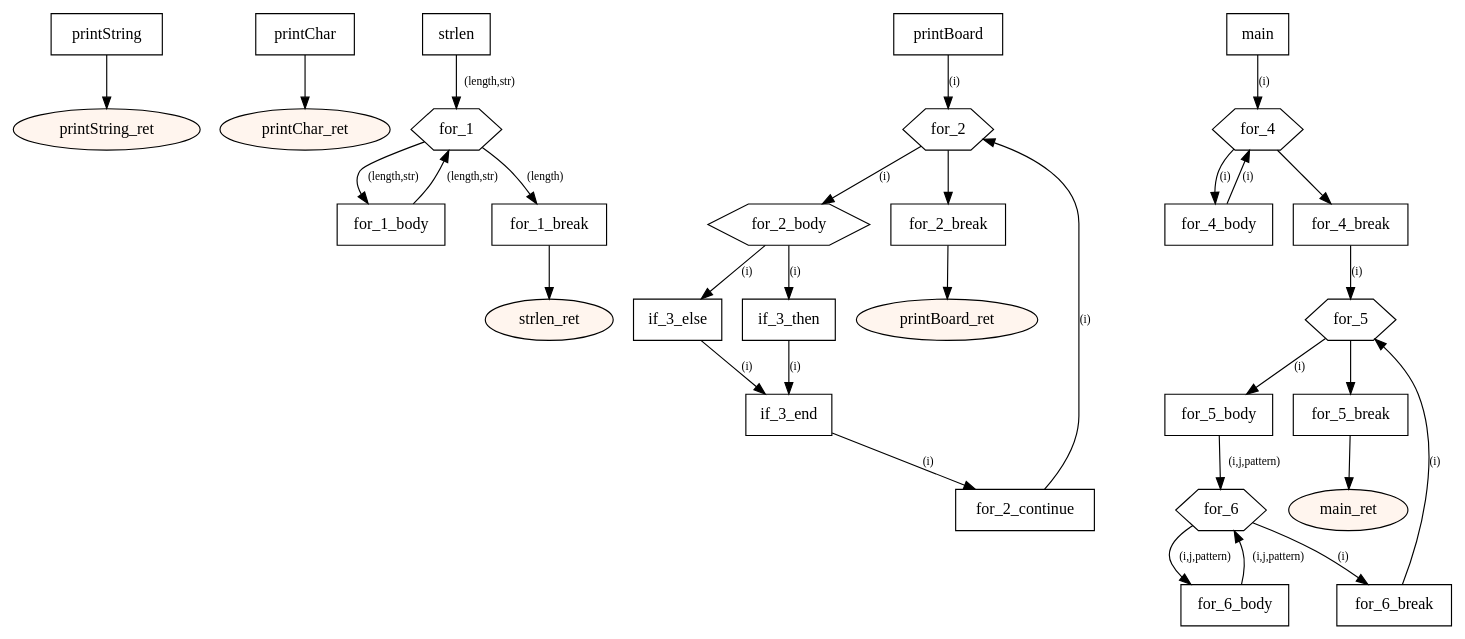
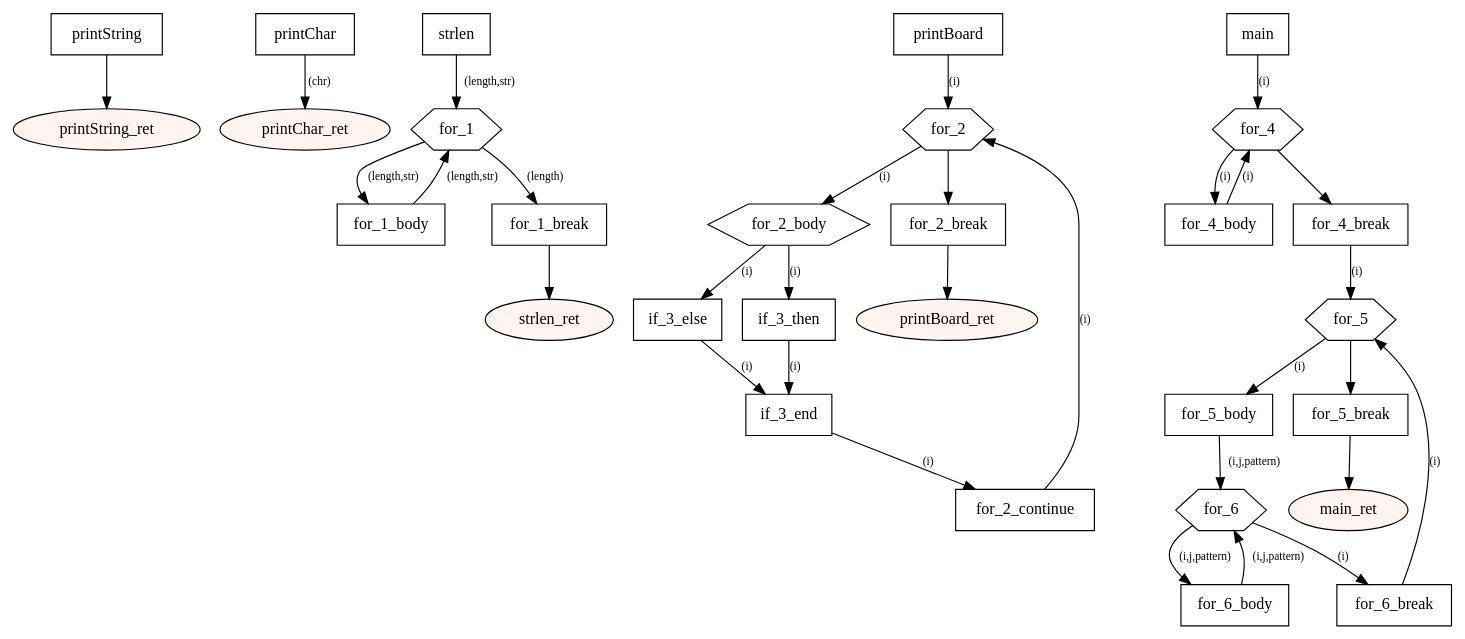
One commit to tmssngr/tinyC changed the diagram in src/main/resources-test/rule110.dot. Above: the diagram before and after it, drawn with Graphviz. The commit also changed 41 other files, not shown here.

```diff
--- a/src/main/resources-test/rule110.dot
+++ b/src/main/resources-test/rule110.dot
@@ -1,72 +1,72 @@
 digraph program {
 	edge[fontsize="10pt"];
 	subgraph fn_printString {
 		BasicBlock_0_printString [label="printString",shape=box];
 		BasicBlock_0_printString -> BasicBlock_0_printString_ret;
 		BasicBlock_0_printString_ret [label="printString_ret",shape=oval,style=filled,fillcolor="#fff5ee"];
 	}
 	subgraph fn_printChar {
 		BasicBlock_1_printChar [label="printChar",shape=box];
-		BasicBlock_1_printChar -> BasicBlock_1_printChar_ret;
+		BasicBlock_1_printChar -> BasicBlock_1_printChar_ret [label="(chr)"];
 		BasicBlock_1_printChar_ret [label="printChar_ret",shape=oval,style=filled,fillcolor="#fff5ee"];
 	}
 	subgraph fn_strlen {
 		BasicBlock_2_strlen [label="strlen",shape=box];
 		BasicBlock_2_strlen -> BasicBlock_2_for_1 [label="(length,str)"];
 		BasicBlock_2_for_1_body [label="for_1_body",shape=box];
 		BasicBlock_2_for_1_body -> BasicBlock_2_for_1 [label="(length,str)"];
 		BasicBlock_2_for_1 [label="for_1",shape=hexagon];
 		BasicBlock_2_for_1 -> BasicBlock_2_for_1_break [label="(length)"];
 		BasicBlock_2_for_1 -> BasicBlock_2_for_1_body [label="(length,str)"];
 		BasicBlock_2_for_1_break [label="for_1_break",shape=box];
 		BasicBlock_2_for_1_break -> BasicBlock_2_strlen_ret;
 		BasicBlock_2_strlen_ret [label="strlen_ret",shape=oval,style=filled,fillcolor="#fff5ee"];
 	}
 	subgraph fn_printBoard {
 		BasicBlock_3_printBoard [label="printBoard",shape=box];
 		BasicBlock_3_printBoard -> BasicBlock_3_for_2 [label="(i)"];
 		BasicBlock_3_for_2_body [label="for_2_body",shape=hexagon];
 		BasicBlock_3_for_2_body -> BasicBlock_3_if_3_else [label="(i)"];
 		BasicBlock_3_for_2_body -> BasicBlock_3_if_3_then [label="(i)"];
 		BasicBlock_3_if_3_else [label="if_3_else",shape=box];
 		BasicBlock_3_if_3_else -> BasicBlock_3_if_3_end [label="(i)"];
 		BasicBlock_3_if_3_then [label="if_3_then",shape=box];
 		BasicBlock_3_if_3_then -> BasicBlock_3_if_3_end [label="(i)"];
 		BasicBlock_3_if_3_end [label="if_3_end",shape=box];
 		BasicBlock_3_if_3_end -> BasicBlock_3_for_2_continue [label="(i)"];
 		BasicBlock_3_for_2_continue [label="for_2_continue",shape=box];
 		BasicBlock_3_for_2_continue -> BasicBlock_3_for_2 [label="(i)"];
 		BasicBlock_3_for_2 [label="for_2",shape=hexagon];
 		BasicBlock_3_for_2 -> BasicBlock_3_for_2_break;
 		BasicBlock_3_for_2 -> BasicBlock_3_for_2_body [label="(i)"];
 		BasicBlock_3_for_2_break [label="for_2_break",shape=box];
 		BasicBlock_3_for_2_break -> BasicBlock_3_printBoard_ret;
 		BasicBlock_3_printBoard_ret [label="printBoard_ret",shape=oval,style=filled,fillcolor="#fff5ee"];
 	}
 	subgraph fn_main {
 		BasicBlock_4_main [label="main",shape=box];
 		BasicBlock_4_main -> BasicBlock_4_for_4 [label="(i)"];
 		BasicBlock_4_for_4_body [label="for_4_body",shape=box];
 		BasicBlock_4_for_4_body -> BasicBlock_4_for_4 [label="(i)"];
 		BasicBlock_4_for_4 [label="for_4",shape=hexagon];
 		BasicBlock_4_for_4 -> BasicBlock_4_for_4_break;
 		BasicBlock_4_for_4 -> BasicBlock_4_for_4_body [label="(i)"];
 		BasicBlock_4_for_4_break [label="for_4_break",shape=box];
 		BasicBlock_4_for_4_break -> BasicBlock_4_for_5 [label="(i)"];
 		BasicBlock_4_for_5_body [label="for_5_body",shape=box];
 		BasicBlock_4_for_5_body -> BasicBlock_4_for_6 [label="(i,j,pattern)"];
 		BasicBlock_4_for_6_body [label="for_6_body",shape=box];
 		BasicBlock_4_for_6_body -> BasicBlock_4_for_6 [label="(i,j,pattern)"];
 		BasicBlock_4_for_6 [label="for_6",shape=hexagon];
 		BasicBlock_4_for_6 -> BasicBlock_4_for_6_break [label="(i)"];
 		BasicBlock_4_for_6 -> BasicBlock_4_for_6_body [label="(i,j,pattern)"];
 		BasicBlock_4_for_6_break [label="for_6_break",shape=box];
 		BasicBlock_4_for_6_break -> BasicBlock_4_for_5 [label="(i)"];
 		BasicBlock_4_for_5 [label="for_5",shape=hexagon];
 		BasicBlock_4_for_5 -> BasicBlock_4_for_5_break;
 		BasicBlock_4_for_5 -> BasicBlock_4_for_5_body [label="(i)"];
 		BasicBlock_4_for_5_break [label="for_5_break",shape=box];
 		BasicBlock_4_for_5_break -> BasicBlock_4_main_ret;
 		BasicBlock_4_main_ret [label="main_ret",shape=oval,style=filled,fillcolor="#fff5ee"];
 	}
 }
```
